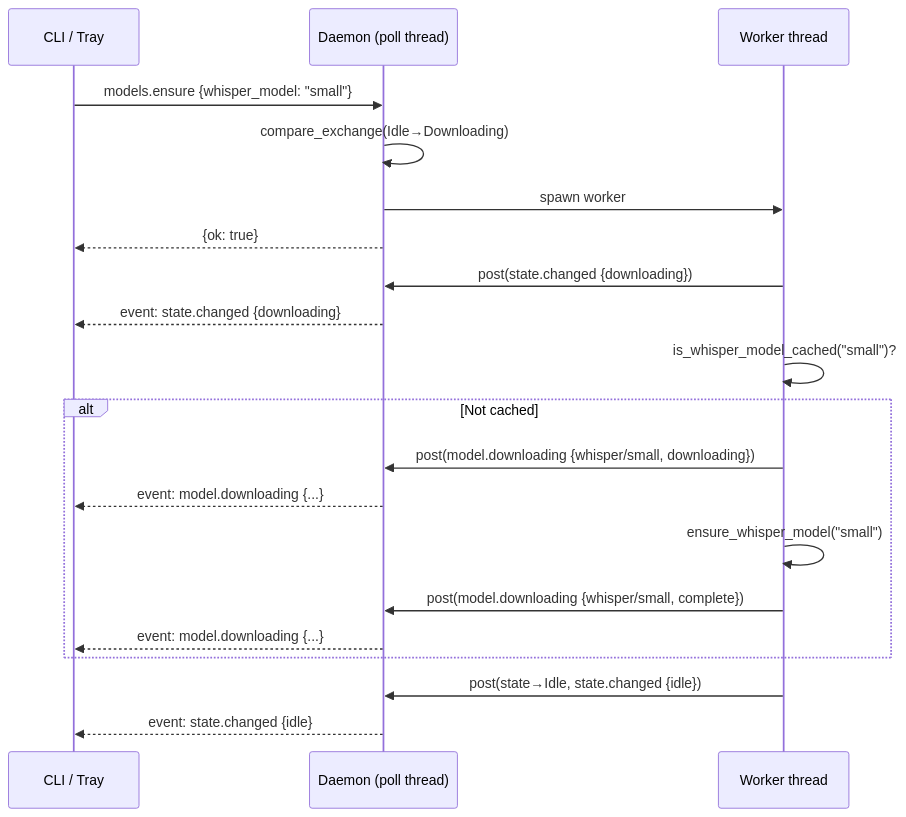
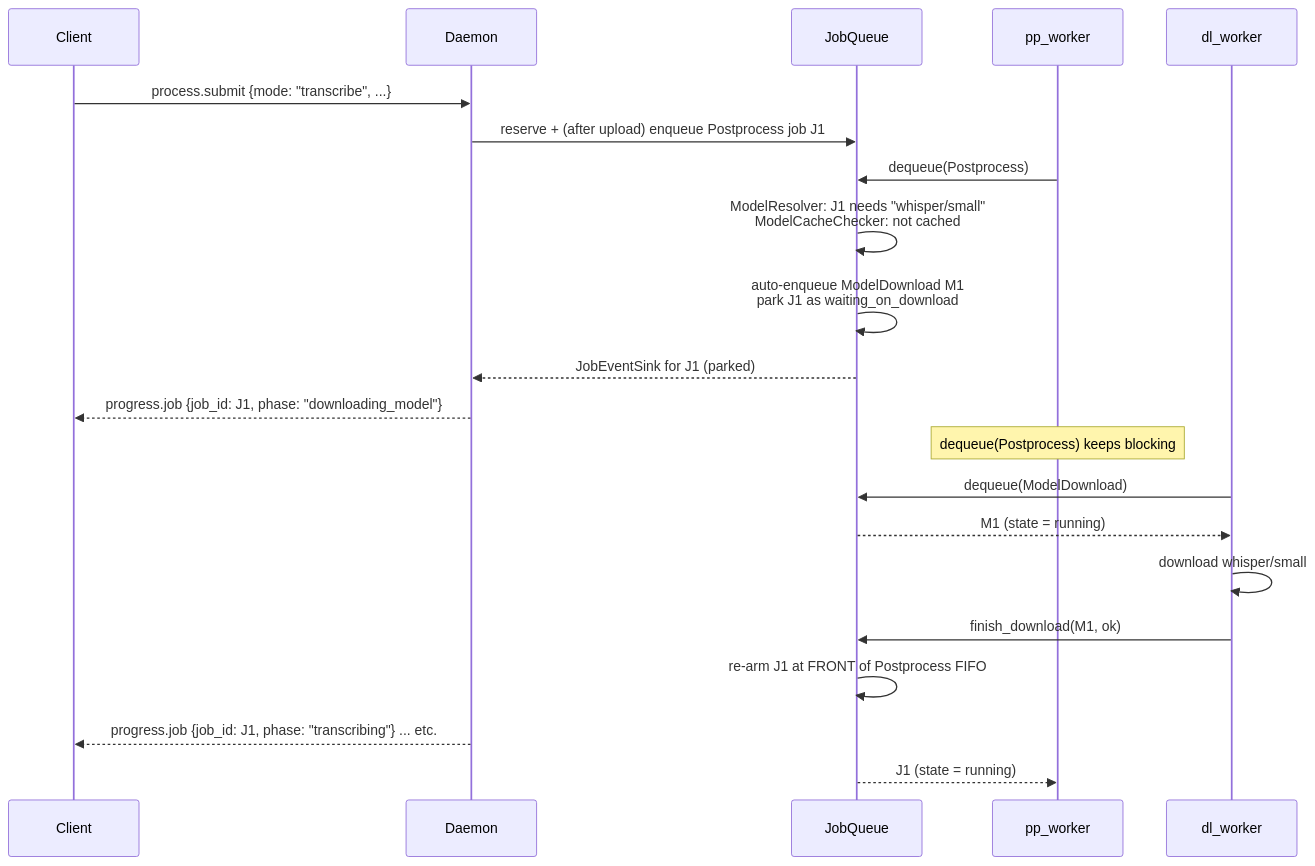
One commit to suykerbuyk/recmeet changed diagram 14 of 18 in docs/ARCHITECTURE.md. Above: the diagram before and after it, drawn with Mermaid. The commit also changed other lines of this file and 19 other files, not shown here.

````diff
--- a/docs/ARCHITECTURE.md
+++ b/docs/ARCHITECTURE.md
@@ -727,26 +949,25 @@
 ```mermaid
 sequenceDiagram
-    participant C as CLI / Tray
-    participant D as Daemon (poll thread)
-    participant W as Worker thread
+    participant C as Client
+    participant D as Daemon
+    participant Q as JobQueue
+    participant PP as pp_worker
+    participant DL as dl_worker
 
-    C->>D: models.ensure {whisper_model: "small"}
-    D->>D: compare_exchange(Idle→Downloading)
-    D->>W: spawn worker
-    D-->>C: {ok: true}
+    C->>D: process.submit {mode: "transcribe", ...}
+    D->>Q: reserve + (after upload) enqueue Postprocess job J1
+    PP->>Q: dequeue(Postprocess)
+    Q->>Q: ModelResolver: J1 needs "whisper/small"<br/>ModelCacheChecker: not cached
+    Q->>Q: auto-enqueue ModelDownload M1<br/>park J1 as waiting_on_download
+    Q-->>D: JobEventSink for J1 (parked)
+    D-->>C: progress.job {job_id: J1, phase: "downloading_model"}
+    Note over PP: dequeue(Postprocess) keeps blocking
 
-    W->>D: post(state.changed {downloading})
-    D-->>C: event: state.changed {downloading}
-
-    W->>W: is_whisper_model_cached("small")?
-    alt Not cached
-        W->>D: post(model.downloading {whisper/small, downloading})
-        D-->>C: event: model.downloading {...}
-        W->>W: ensure_whisper_model("small")
-        W->>D: post(model.downloading {whisper/small, complete})
-        D-->>C: event: model.downloading {...}
-    end
-
-    W->>D: post(state→Idle, state.changed {idle})
-    D-->>C: event: state.changed {idle}
+    DL->>Q: dequeue(ModelDownload)
+    Q-->>DL: M1 (state = running)
+    DL->>DL: download whisper/small
+    DL->>Q: finish_download(M1, ok)
+    Q->>Q: re-arm J1 at FRONT of Postprocess FIFO
+    D-->>C: progress.job {job_id: J1, phase: "transcribing"} ... etc.
+    Q-->>PP: J1 (state = running)
 ```
````
